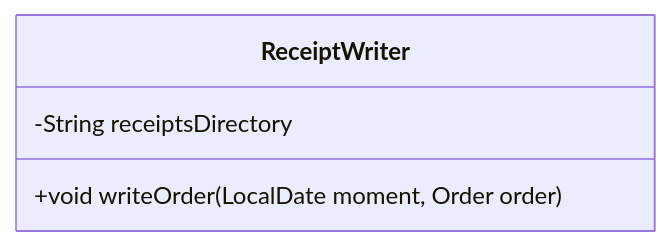
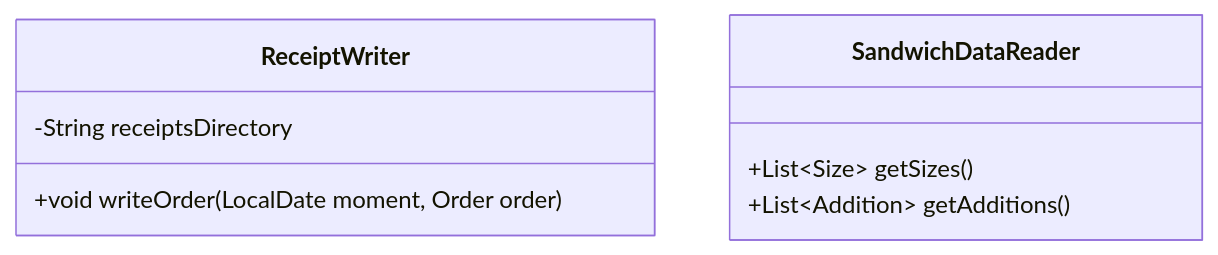
Before and after one commit to yuujn/nuclear-subs: the second of 4 diagrams in diagrams/class_diagrams.md, drawn with Mermaid. The commit also changed other lines of this file and 3 other files, not shown here.

First line of the commit message:
create sandwich data files and adjust class diagram

````diff
--- a/diagrams/class_diagrams.md
+++ b/diagrams/class_diagrams.md
@@ -41,7 +47,12 @@
 ```mermaid
 classDiagram
     class ReceiptWriter {
         -String receiptsDirectory
         +void writeOrder(LocalDate moment, Order order)
     }
+    class SandwichDataReader {
+        +List&lt;Size&gt; getSizes()
+        
+        +List&lt;Addition&gt; getAdditions()
+    }
 ```
````
